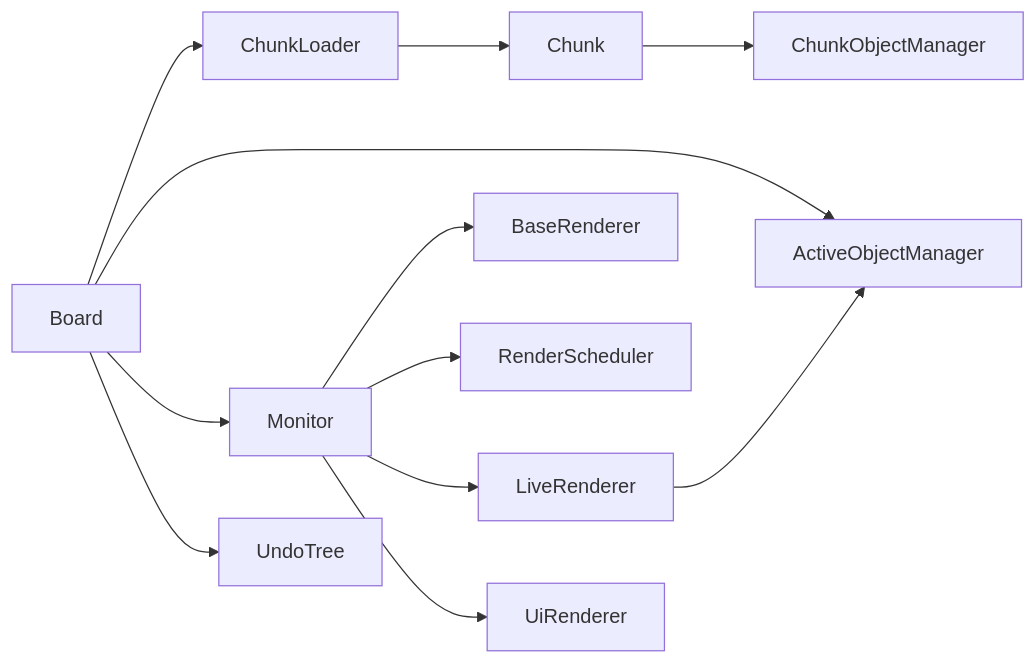
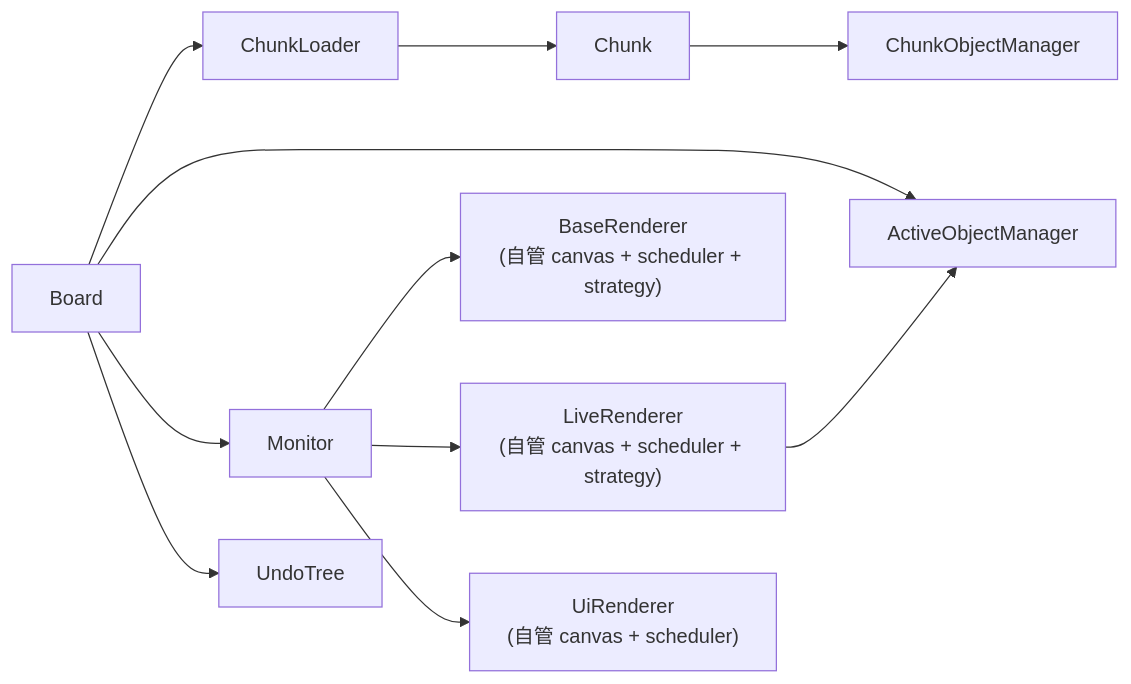
The diagram in src/core/components/docs/components-document.md (Frank-Steven/HoundWhiteboard), drawn with Mermaid before and after one commit. The commit also changed other lines of this file and 6 other files, not shown here.

````diff
--- a/src/core/components/docs/components-document.md
+++ b/src/core/components/docs/components-document.md
@@ -56,26 +57,24 @@
 ```mermaid
 graph LR
   B["Board"]
   C["Chunk"]
   CL["ChunkLoader"]
   COM["ChunkObjectManager"]
   AOM["ActiveObjectManager"]
   M["Monitor"]
-  BR["BaseRenderer"]
-  RS["RenderScheduler"]
-  LR["LiveRenderer"]
-  UR["UiRenderer"]
+  BR["BaseRenderer\n(自管 canvas + scheduler + strategy)"]
+  LR["LiveRenderer\n(自管 canvas + scheduler + strategy)"]
+  UR["UiRenderer\n(自管 canvas + scheduler)"]
   UT["UndoTree"]
 
   B --> CL
   CL --> C
   C --> COM
   B --> AOM
   B --> M
   B --> UT
   M --> BR
-  M --> RS
   M --> LR
   M --> UR
   LR --> AOM
 ```
````
